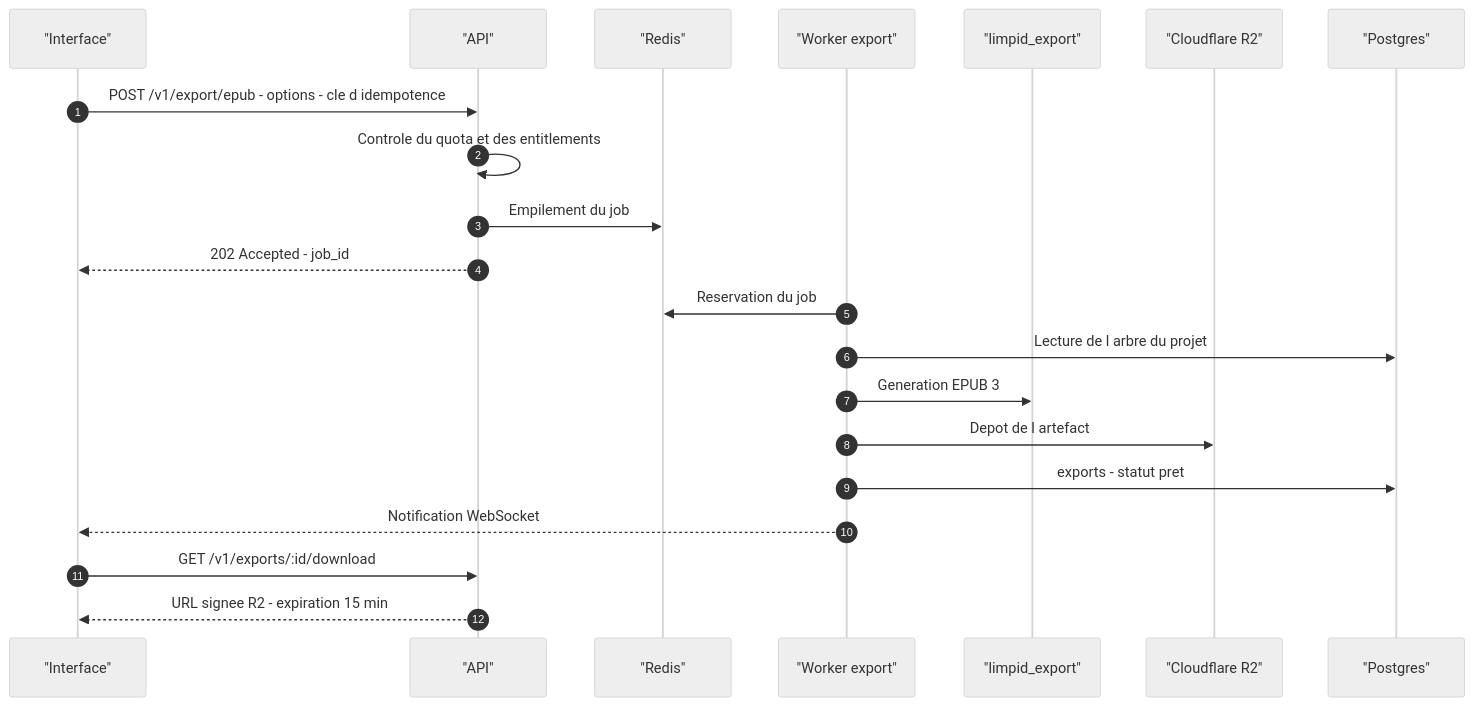
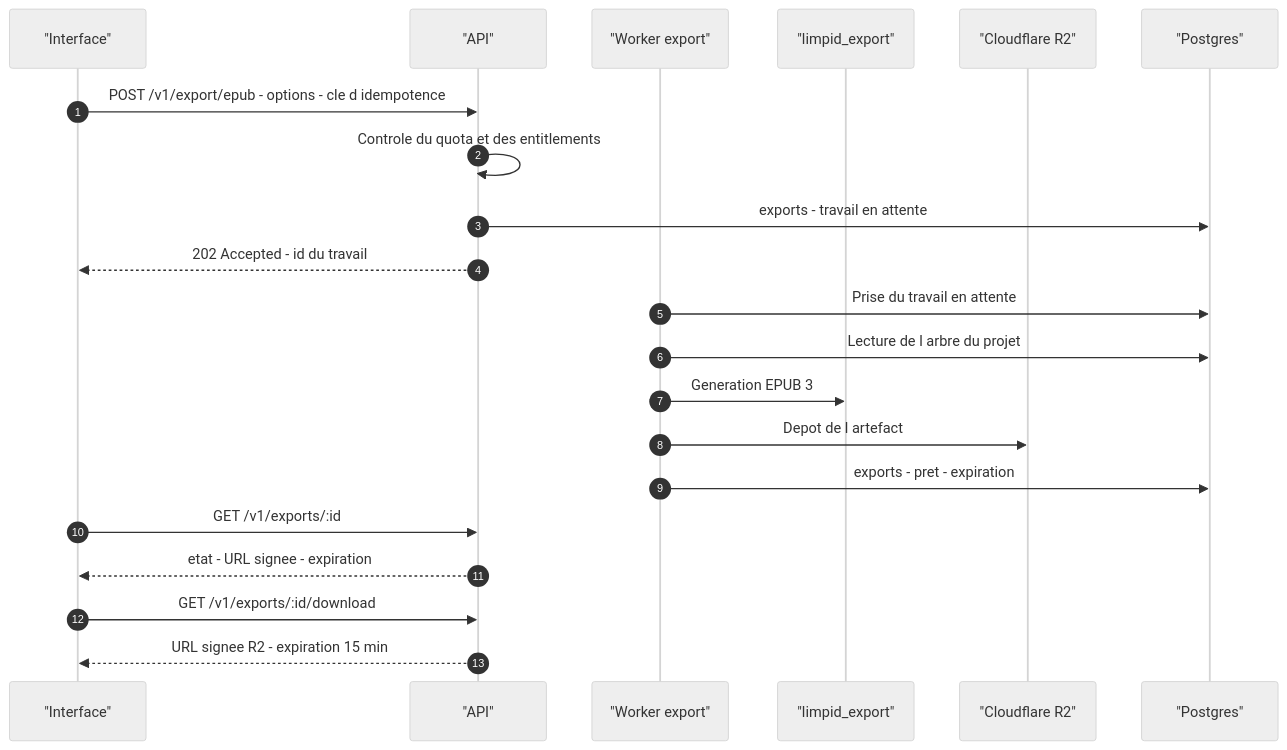
Before and after one commit to rouchdiwork-boop/limpid: the fourth of 6 diagrams in docs/ARCHITECTURE.md, drawn with Mermaid (neutral theme). The commit also changed other lines of this file and 1 other file, not shown here.

Commit message:
docs: la file d export, les sessions et le manuscrit vide
L'architecture montre desormais la vraie file — la table `exports`, pas une
file Redis — et la feuille de route compte les sessions d'ecriture, le
commentaire ancre et le manuscrit qui s'affichait vide.

````diff
--- a/docs/ARCHITECTURE.md
+++ b/docs/ARCHITECTURE.md
@@ -205,24 +205,24 @@
 ```mermaid
 sequenceDiagram
     autonumber
     participant Ui as "Interface"
     participant Api as "API"
-    participant Redis as "Redis"
     participant Worker as "Worker export"
     participant Core as "limpid_export"
     participant R2 as "Cloudflare R2"
     participant Db as "Postgres"
 
     Ui->>Api: POST /v1/export/epub - options - cle d idempotence
     Api->>Api: Controle du quota et des entitlements
-    Api->>Redis: Empilement du job
-    Api-->>Ui: 202 Accepted - job_id
-    Worker->>Redis: Reservation du job
+    Api->>Db: exports - travail en attente
+    Api-->>Ui: 202 Accepted - id du travail
+    Worker->>Db: Prise du travail en attente
     Worker->>Db: Lecture de l arbre du projet
     Worker->>Core: Generation EPUB 3
     Worker->>R2: Depot de l artefact
-    Worker->>Db: exports - statut pret
-    Worker-->>Ui: Notification WebSocket
+    Worker->>Db: exports - pret - expiration
+    Ui->>Api: GET /v1/exports/:id
+    Api-->>Ui: etat - URL signee - expiration
     Ui->>Api: GET /v1/exports/:id/download
     Api-->>Ui: URL signee R2 - expiration 15 min
 ```
````
